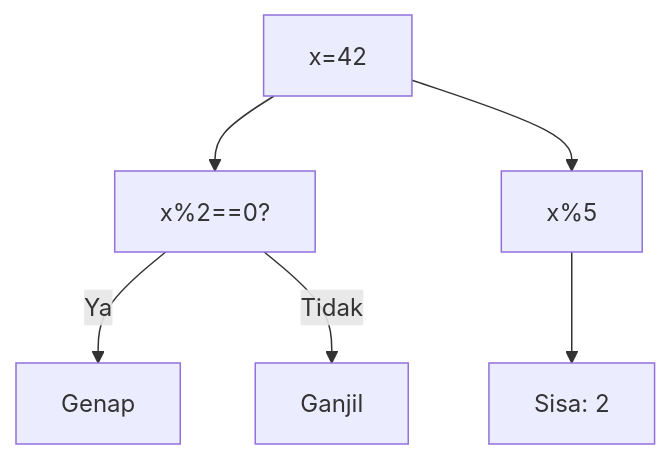
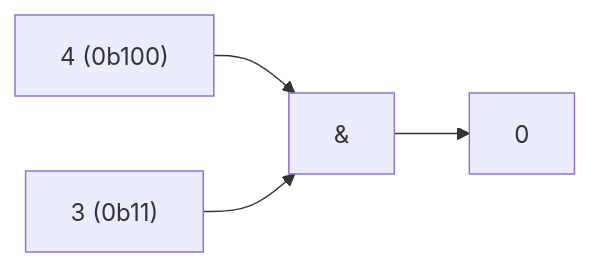
One commit to amnahwaida/OSNK_INF_PREP changed diagram 16 of 25 in part-c-pemahaman-cpp/06-bitwise/latihan/set-07.md. Above: the diagram before and after it, drawn with Mermaid. The commit also changed other lines of this file and 71 other files, not shown here.

````diff
--- a/part-c-pemahaman-cpp/06-bitwise/latihan/set-07.md
+++ b/part-c-pemahaman-cpp/06-bitwise/latihan/set-07.md
@@ -435,8 +418,6 @@
 ```mermaid
-graph TD
-A["x=42"] --> B["x%2==0?"]
-B -- Ya --> C["Genap"]
-B -- Tidak --> D["Ganjil"]
-A --> E["x%5"]
-E --> F["Sisa: 2"]
+graph LR
+A["4 (0b100)"] --> C["&"]
+B["3 (0b11)"] --> C
+C --> D["0"]
 ```
````
